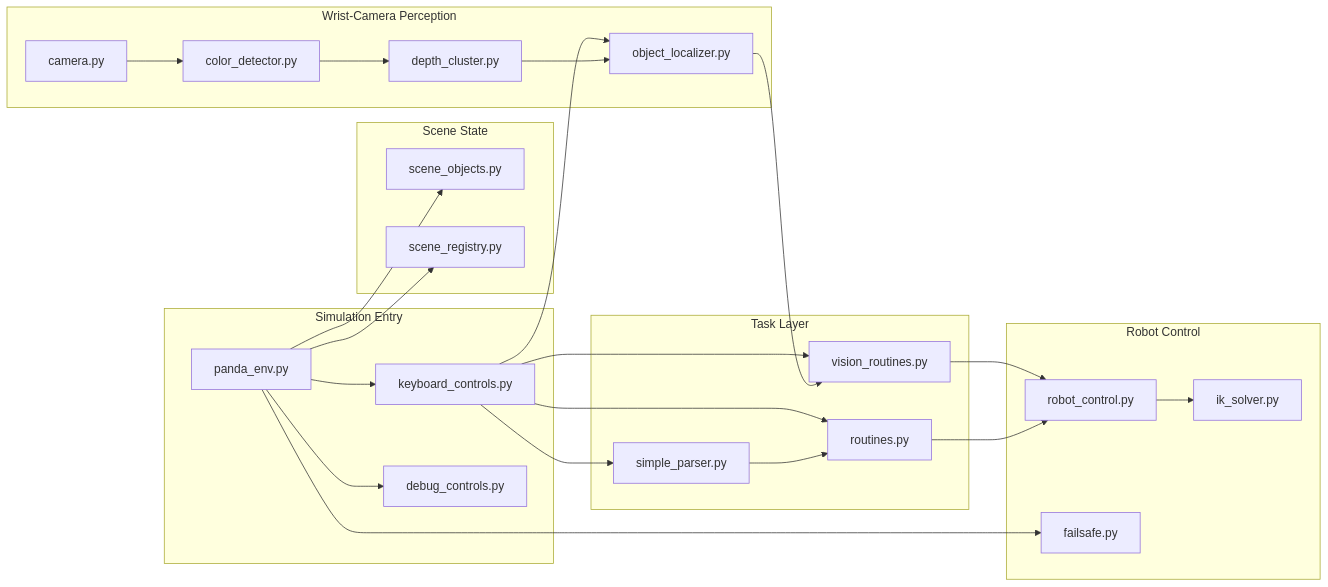
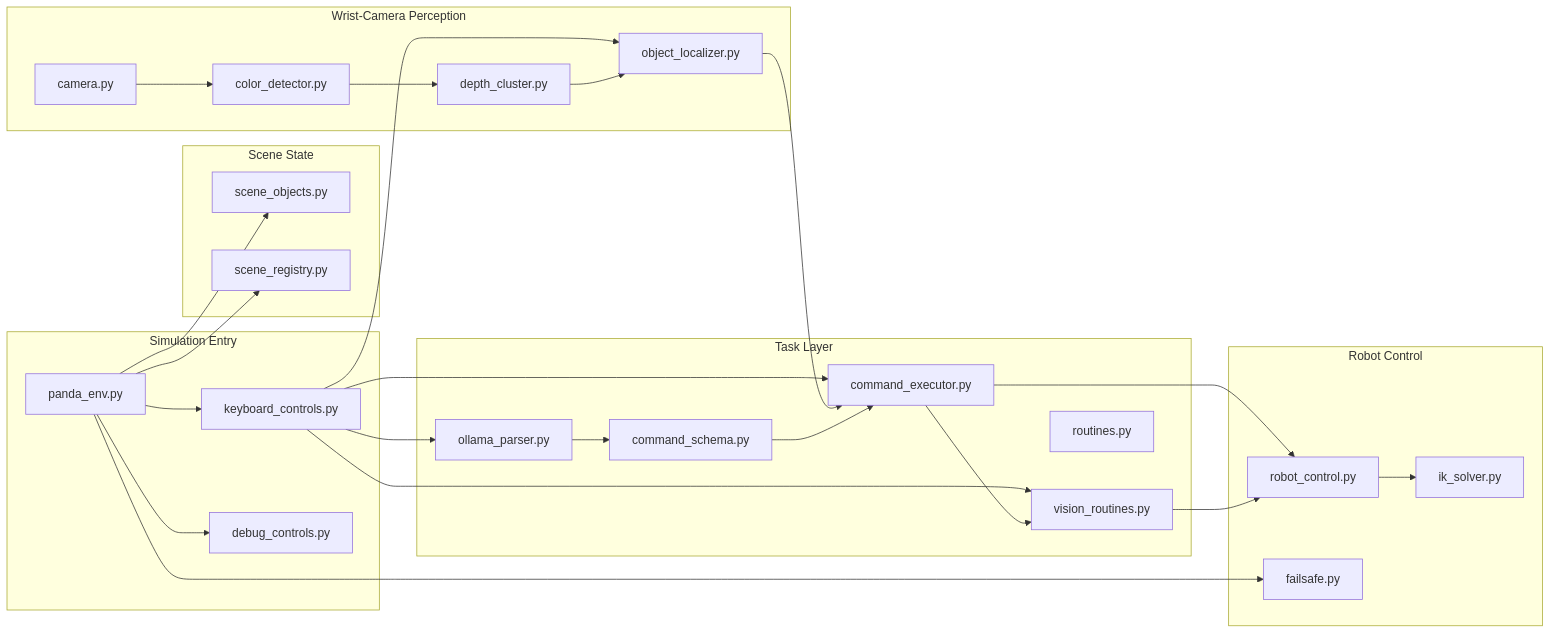
Before and after one commit to Sourabhvk/VLA-Lite-Vision-Language-Guided-Robot-Manipulation-in-Simulation: the second of 2 diagrams in README.md, drawn with Mermaid. The commit also changed other lines of this file and 6 other files, not shown here.

First line of the commit message:
Add Ollama command parsing pipeline

````diff
--- a/README.md
+++ b/README.md
@@ -123,50 +126,54 @@
 ```mermaid
 flowchart LR
     subgraph Entry["Simulation Entry"]
         S1["panda_env.py"]
         S2["keyboard_controls.py"]
         S3["debug_controls.py"]
     end
 
     subgraph Scene["Scene State"]
         O1["scene_objects.py"]
         O2["scene_registry.py"]
     end
 
     subgraph Perception["Wrist-Camera Perception"]
         P1["camera.py"]
         P2["color_detector.py"]
         P3["depth_cluster.py"]
         P4["object_localizer.py"]
     end
 
     subgraph Task["Task Layer"]
-        L1["simple_parser.py"]
-        R1["vision_routines.py"]
-        R2["routines.py"]
+        L1["ollama_parser.py"]
+        L2["command_schema.py"]
+        R1["command_executor.py"]
+        R2["vision_routines.py"]
+        R3["routines.py"]
     end
 
     subgraph Control["Robot Control"]
         C1["robot_control.py"]
         C2["ik_solver.py"]
         C3["failsafe.py"]
     end
 
     S1 --> S2
     S1 --> S3
     S1 --> C3
     S1 --> O1
     S1 --> O2
     S2 --> P4
     S2 --> L1
     S2 --> R1
     S2 --> R2
     P1 --> P2
     P2 --> P3
     P3 --> P4
     P4 --> R1
-    L1 --> R2
+    L1 --> L2
+    L2 --> R1
+    R1 --> R2
     R1 --> C1
     R2 --> C1
     C1 --> C2
 ```
````
